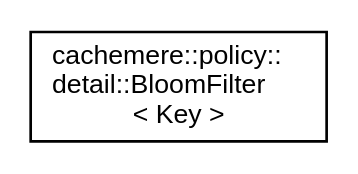
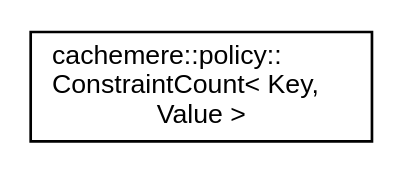
The diagram in docs/inherit_graph_8.dot (coveooss/cachemere), drawn with Graphviz before and after one commit. The commit also changed 122 other files, not shown here.

```diff
--- a/docs/inherit_graph_8.dot
+++ b/docs/inherit_graph_8.dot
@@ -1,8 +1,8 @@
 digraph "Graphical Class Hierarchy"
 {
  // LATEX_PDF_SIZE
   edge [fontname="Helvetica",fontsize="10",labelfontname="Helvetica",labelfontsize="10"];
   node [fontname="Helvetica",fontsize="10",shape=record];
   rankdir="LR";
-  Node0 [label="cachemere::policy::\ldetail::BloomFilter\l\< Key \>",height=0.2,width=0.4,color="black", fillcolor="white", style="filled",URL="$classcachemere_1_1policy_1_1detail_1_1BloomFilter.html",tooltip=" "];
+  Node0 [label="cachemere::policy::\lConstraintCount\< Key,\l Value \>",height=0.2,width=0.4,color="black", fillcolor="white", style="filled",URL="$classcachemere_1_1policy_1_1ConstraintCount.html",tooltip="Count constraint."];
 }
```
